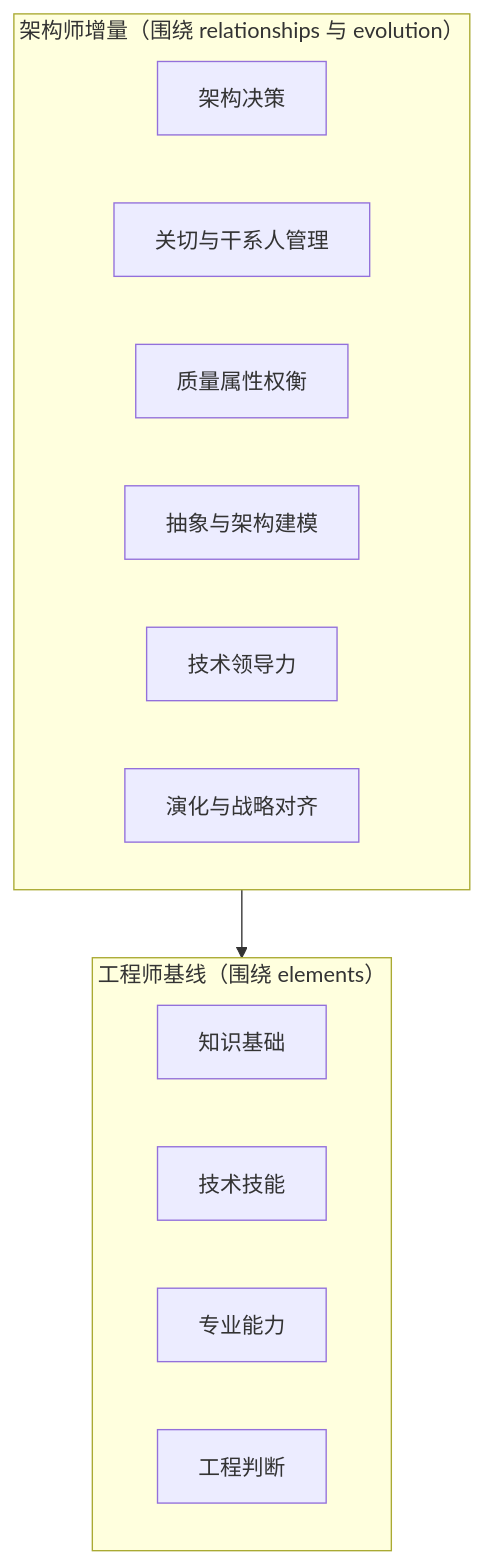
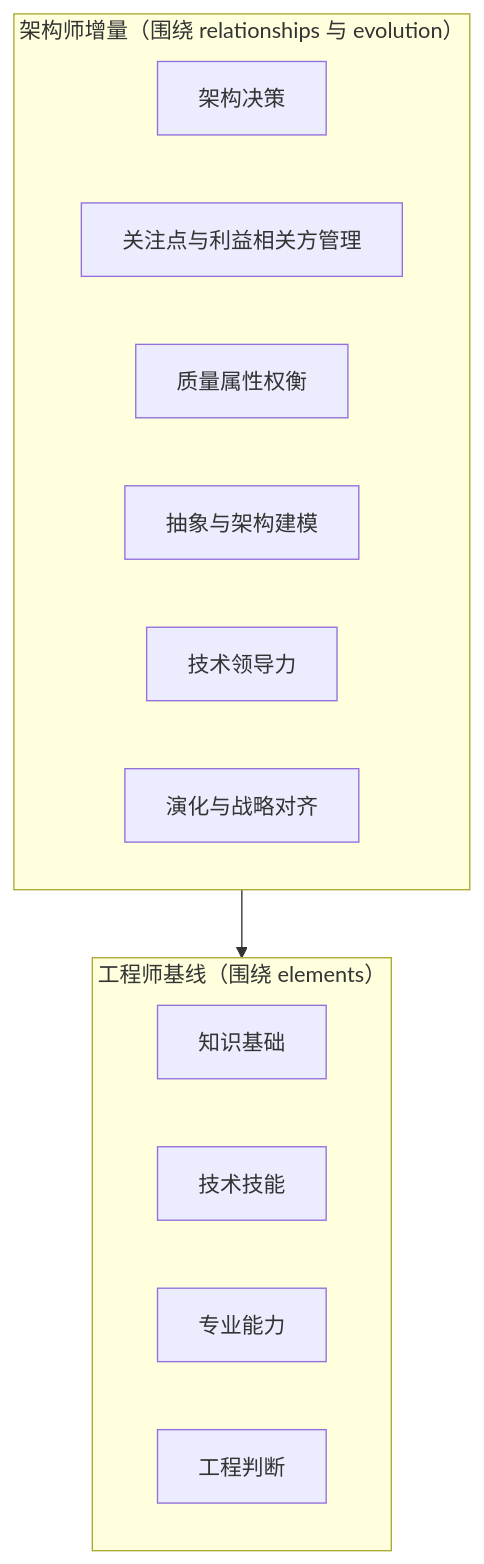
Before and after one commit to Yongjunzhou/AOS-system-design: the fourth of 13 diagrams in 100-subprojects/01-系统工程研究/00-系统工程相关研究报告/12-工程师与架构师能力研究报告-从工程师到CTO.md, drawn with Mermaid. The commit also changed other lines of this file and 38 other files, not shown here.

````diff
--- a/100-subprojects/01-系统工程研究/00-系统工程相关研究报告/12-工程师与架构师能力研究报告-从工程师到CTO.md
+++ b/100-subprojects/01-系统工程研究/00-系统工程相关研究报告/12-工程师与架构师能力研究报告-从工程师到CTO.md
@@ -167,10 +186,10 @@
 ```mermaid
 flowchart TD
     subgraph ADD["架构师增量（围绕 relationships 与 evolution）"]
-        A1["架构决策"] & A2["关切与干系人管理"] & A3["质量属性权衡"] & A4["抽象与架构建模"] & A5["技术领导力"] & A6["演化与战略对齐"]
+        A1["架构决策"] & A2["关注点与利益相关方管理"] & A3["质量属性权衡"] & A4["抽象与架构建模"] & A5["技术领导力"] & A6["演化与战略对齐"]
     end
     subgraph BASE["工程师基线（围绕 elements）"]
         K["知识基础"] & TS["技术技能"] & PA["专业能力"] & J["工程判断"]
     end
     ADD --> BASE
 ```
````
